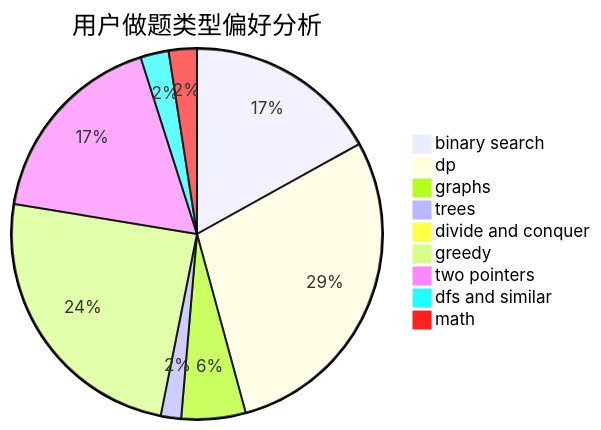
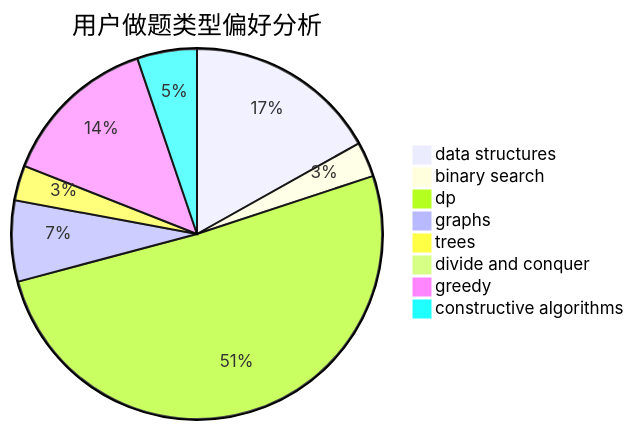
Before and after one commit to sherpahu/cfrs.github.io: the second of 3 diagrams in docs/user/u451.md, drawn with Mermaid. The commit also changed other lines of this file and 2775 other files, not shown here.

````diff
--- a/docs/user/u451.md
+++ b/docs/user/u451.md
@@ -23,12 +23,11 @@
 ```mermaid
 pie title 用户做题类型偏好分析
-    "binary search" :  124
-    "dp" :  211
-    "graphs" :  41
-    "trees" :  13
-    "divide and conquer" :  6
-    "greedy" :  179
-    "two pointers" :  128
-    "dfs and similar" :  18
-    "math" :  18
+    "data structures" :  55
+    "binary search" :  10
+    "dp" :  166
+    "graphs" :  23
+    "trees" :  10
+    "divide and conquer" :  0
+    "greedy" :  45
+    "constructive algorithms" :  17
 ```
````
